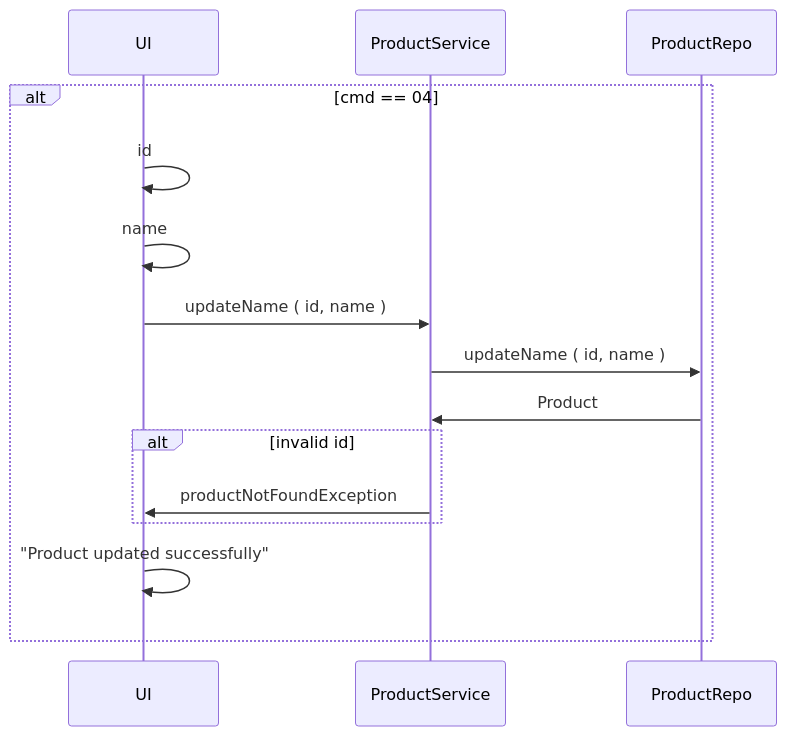
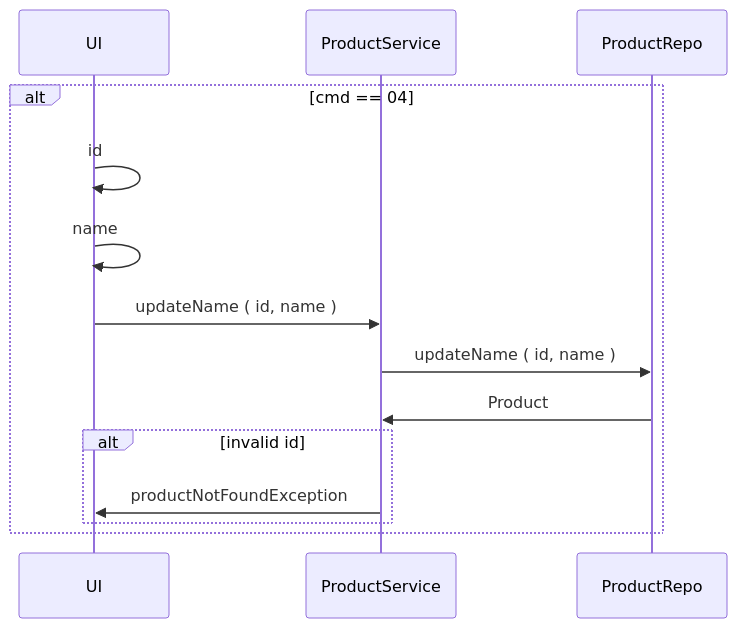
Before and after one commit to Apameus/Vending_Machine: the ninth of 13 diagrams in README.md, drawn with Mermaid. The commit also changed other lines of this file, not shown here.

Commit message:
Retrieve Product refactored

````diff
--- a/README.md
+++ b/README.md
@@ -212,19 +209,18 @@
 ```mermaid
 sequenceDiagram
     participant UI
     participant PS as ProductService
     participant PR as ProductRepo
     
     alt cmd == 04
         UI ->> UI: id
         UI ->> UI: name
         UI ->> PS: updateName ( id, name )
         PS ->> PR: updateName ( id, name )
         PR ->> PS: Product
         alt invalid id
             PS ->> UI: productNotFoundException
         end
-        UI ->> UI: "Product updated successfully"
     end
 
 ```
````
